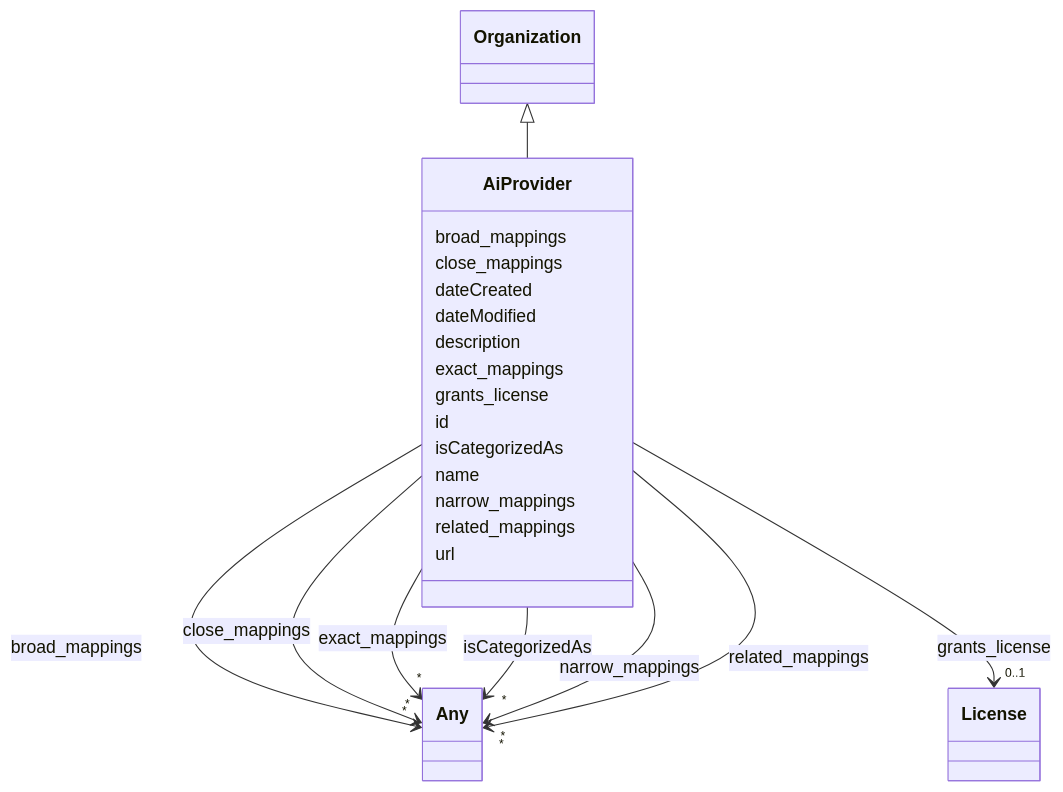
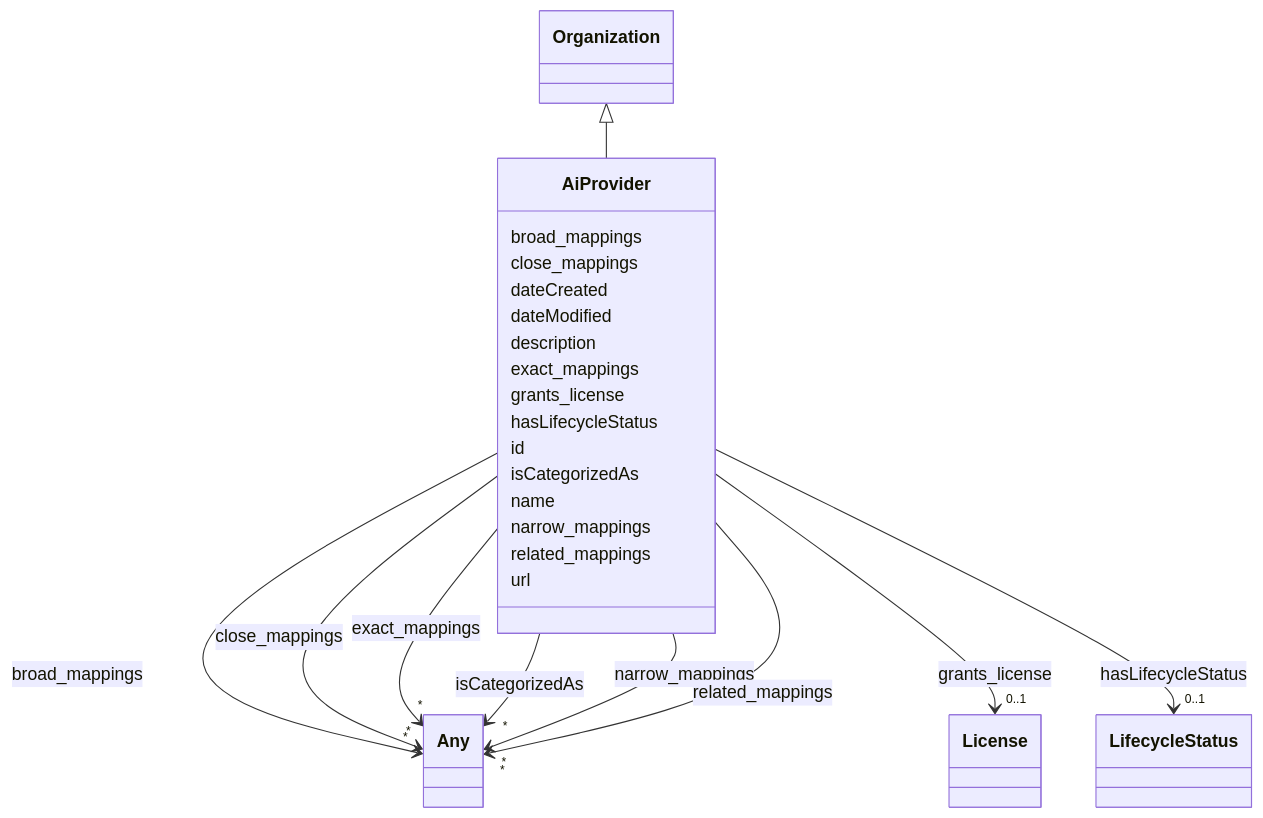
Before and after one commit to ingelise/risk-atlas-nexus: the diagram in docs/ontology/AiProvider.md, drawn with Mermaid. The commit also changed other lines of this file and 206 other files, not shown here.

```diff
--- a/docs/ontology/AiProvider.md
+++ b/docs/ontology/AiProvider.md
@@ -68,6 +68,17 @@
 
 
 
+      AiProvider : hasLifecycleStatus
+
+
+
+
+
+        AiProvider --> "0..1" LifecycleStatus : hasLifecycleStatus
+        click LifecycleStatus href "../LifecycleStatus/"
+
+
+
       AiProvider : id
 
       AiProvider : isCategorizedAs
```
